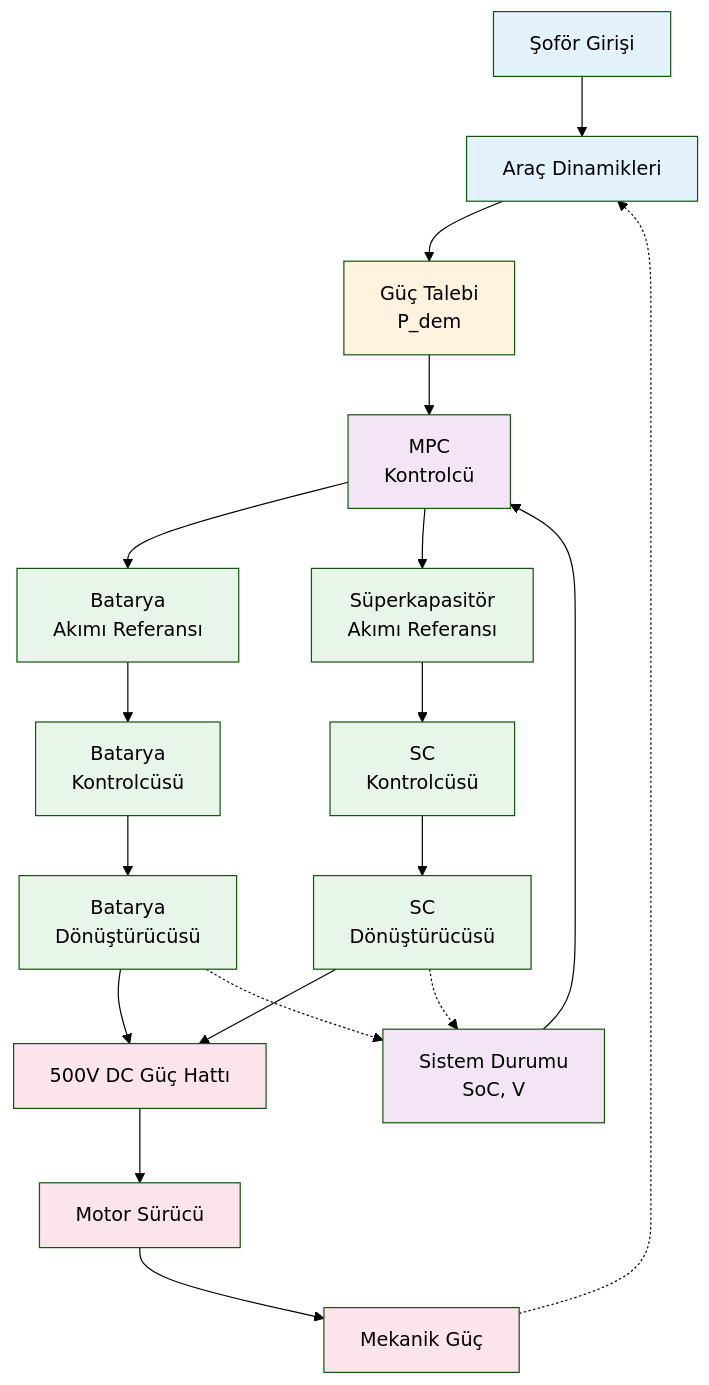
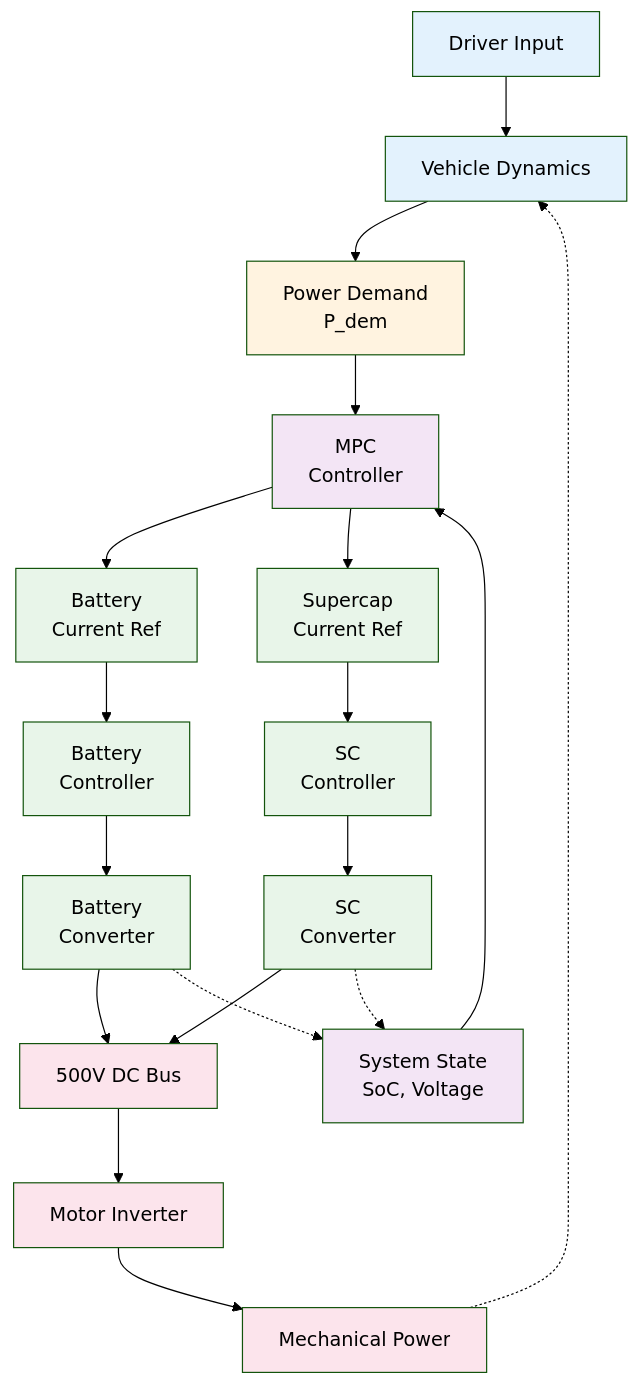
One commit to selinkurt99-design/project1 changed the diagram in ARCHITECTURE_DIAGRAM.md. Above: the diagram before and after it, drawn with Mermaid (forest theme). The commit also changed other lines of this file, not shown here.

Commit message:
Update to English with simplified architecture diagram

````diff
--- a/ARCHITECTURE_DIAGRAM.md
+++ b/ARCHITECTURE_DIAGRAM.md
@@ -5,42 +5,42 @@
 ```mermaid
 graph TD
-    A["Şoför Girişi"] --> B["Araç Dinamikleri"]
-    B --> C["Güç Talebi<br/>P_dem"]
+    A["Driver Input"] --> B["Vehicle Dynamics"]
+    B --> C["Power Demand<br/>P_dem"]
     
-    C --> D["MPC<br/>Kontrolcü"]
-    E["Sistem Durumu<br/>SoC, V"] --> D
+    C --> D["MPC<br/>Controller"]
+    E["System State<br/>SoC, Voltage"] --> D
     
-    D --> F["Batarya<br/>Akımı Referansı"]
-    D --> G["Süperkapasitör<br/>Akımı Referansı"]
+    D --> F["Battery<br/>Current Ref"]
+    D --> G["Supercap<br/>Current Ref"]
     
-    F --> H["Batarya<br/>Kontrolcüsü"]
-    G --> I["SC<br/>Kontrolcüsü"]
+    F --> H["Battery<br/>Controller"]
+    G --> I["SC<br/>Controller"]
     
-    H --> J["Batarya<br/>Dönüştürücüsü"]
-    I --> K["SC<br/>Dönüştürücüsü"]
+    H --> J["Battery<br/>Converter"]
+    I --> K["SC<br/>Converter"]
     
-    J --> L["500V DC Güç Hattı"]
+    J --> L["500V DC Bus"]
     K --> L
     
-    L --> M["Motor Sürücü"]
-    M --> N["Mekanik Güç"]
+    L --> M["Motor Inverter"]
+    M --> N["Mechanical Power"]
     
     N -.-> B
     J -.-> E
     K -.-> E
     
     style A fill:#e3f2fd
     style B fill:#e3f2fd
     style C fill:#fff3e0
     style D fill:#f3e5f5
     style E fill:#f3e5f5
     style F fill:#e8f5e9
     style G fill:#e8f5e9
     style H fill:#e8f5e9
     style I fill:#e8f5e9
     style J fill:#e8f5e9
     style K fill:#e8f5e9
     style L fill:#fce4ec
     style M fill:#fce4ec
     style N fill:#fce4ec
 ```
````
